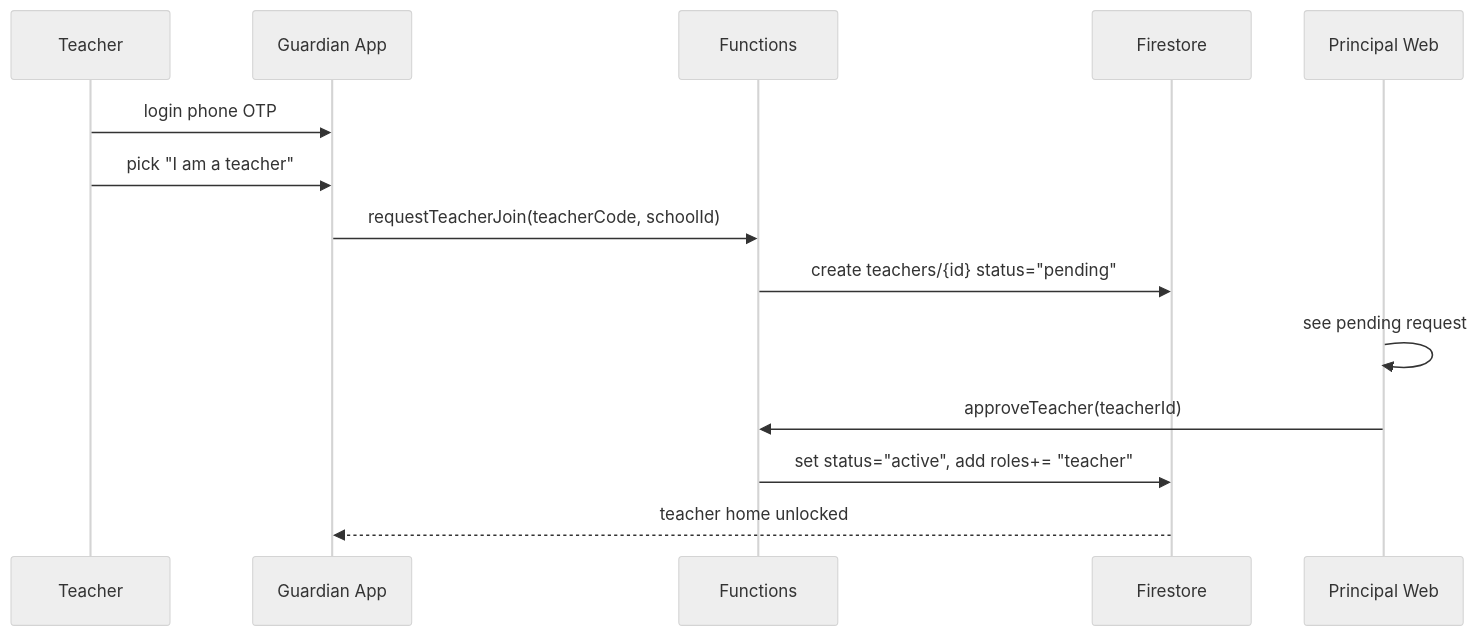
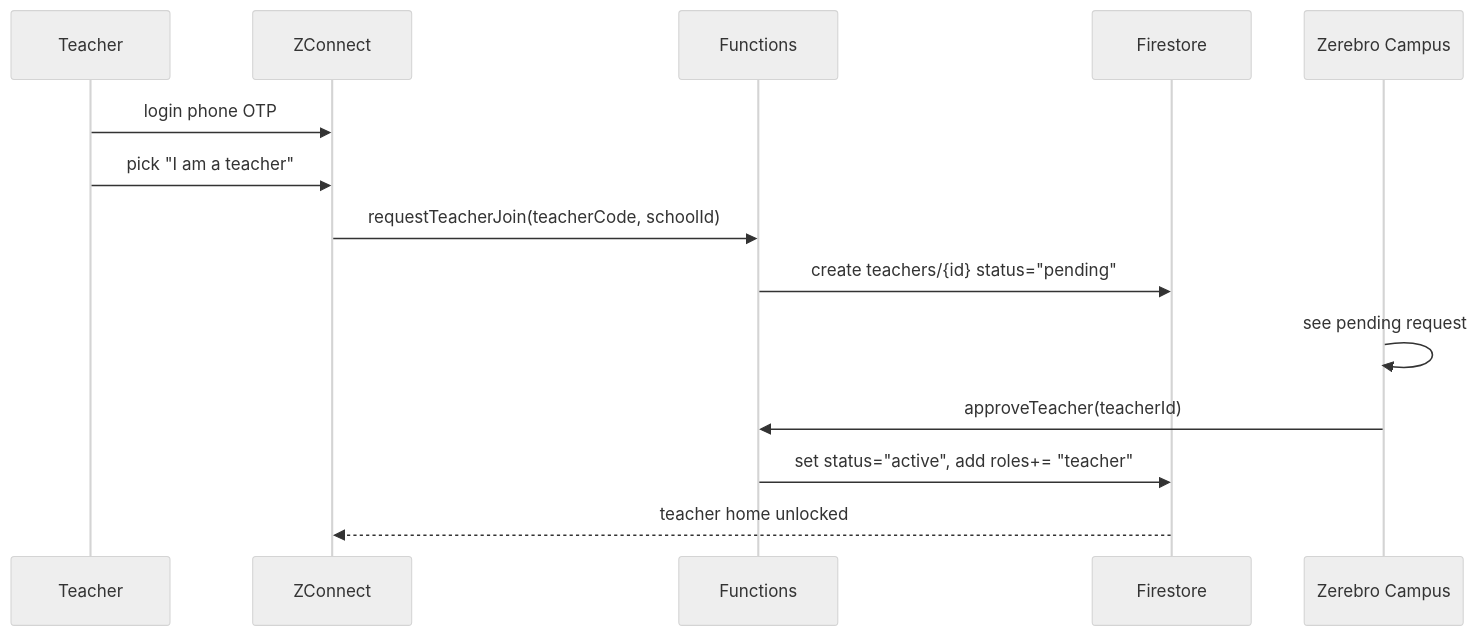
The fourth of 7 diagrams in docs/EDUCATION_AI_TECH_SPEC.md (ZerebroKid/kidsafe-school), drawn with Mermaid (neutral theme) before and after one commit. The commit also changed other lines of this file and 2 other files, not shown here.

Commit message:
update: App name list

````diff
--- a/docs/EDUCATION_AI_TECH_SPEC.md
+++ b/docs/EDUCATION_AI_TECH_SPEC.md
@@ -357,17 +371,17 @@
 ```mermaid
 sequenceDiagram
   participant T as Teacher
-  participant G as Guardian App
+  participant G as ZConnect
   participant FN as Functions
   participant FS as Firestore
-  participant P as Principal Web
+  participant P as Zerebro Campus
 
   T->>G: login phone OTP
   T->>G: pick "I am a teacher"
   G->>FN: requestTeacherJoin(teacherCode, schoolId)
   FN->>FS: create teachers/{id} status="pending"
   P->>P: see pending request
   P->>FN: approveTeacher(teacherId)
   FN->>FS: set status="active", add roles+= "teacher"
   FS-->>G: teacher home unlocked
 ```
````
